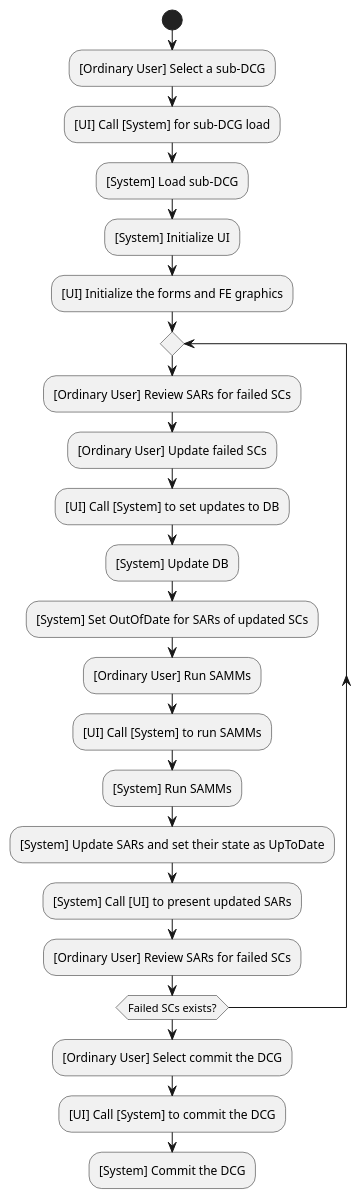
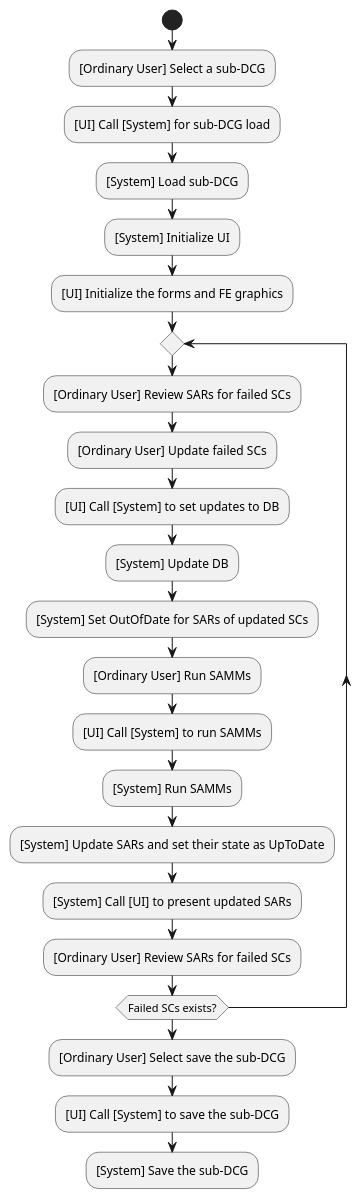
Before and after one commit to BarisAlbayrakIEEE/StructuralAnalysis: the diagram in uml/use_case_diagram_2.puml, drawn with PlantUML. The commit also changed 2 other files, not shown here.

```diff
--- a/uml/use_case_diagram_2.puml
+++ b/uml/use_case_diagram_2.puml
@@ -1,28 +1,28 @@
 @startuml use_case_diagram_2
 
 start
 :[Ordinary User] Select a sub-DCG;
 :[UI] Call [System] for sub-DCG load;
 :[System] Load sub-DCG;
 :[System] Initialize UI;
 :[UI] Initialize the forms and FE graphics;
 
 repeat
   :[Ordinary User] Review SARs for failed SCs;
   :[Ordinary User] Update failed SCs;
   :[UI] Call [System] to set updates to DB;
   :[System] Update DB;
   :[System] Set OutOfDate for SARs of updated SCs;
   :[Ordinary User] Run SAMMs;
   :[UI] Call [System] to run SAMMs;
   :[System] Run SAMMs;
   :[System] Update SARs and set their state as UpToDate;
   :[System] Call [UI] to present updated SARs;
   :[Ordinary User] Review SARs for failed SCs;
 repeat while (Failed SCs exists?)
 
-:[Ordinary User] Select commit the DCG;
-:[UI] Call [System] to commit the DCG;
-:[System] Commit the DCG;
+:[Ordinary User] Select save the sub-DCG;
+:[UI] Call [System] to save the sub-DCG;
+:[System] Save the sub-DCG;
 
 @enduml
```
